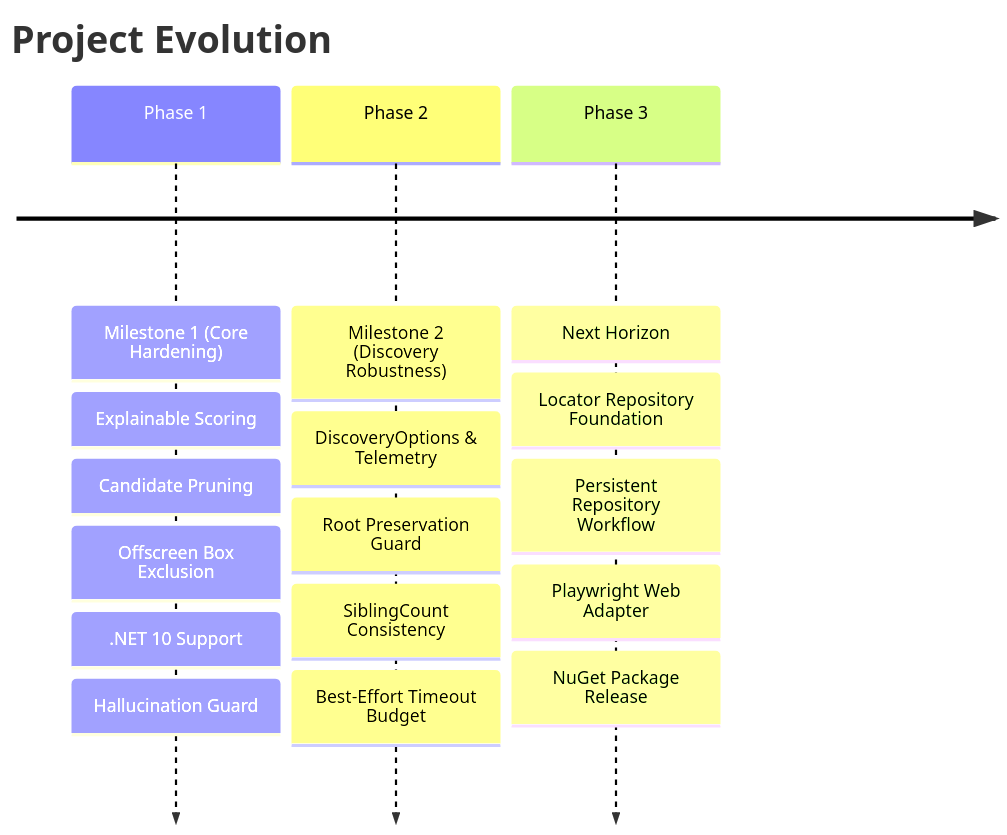
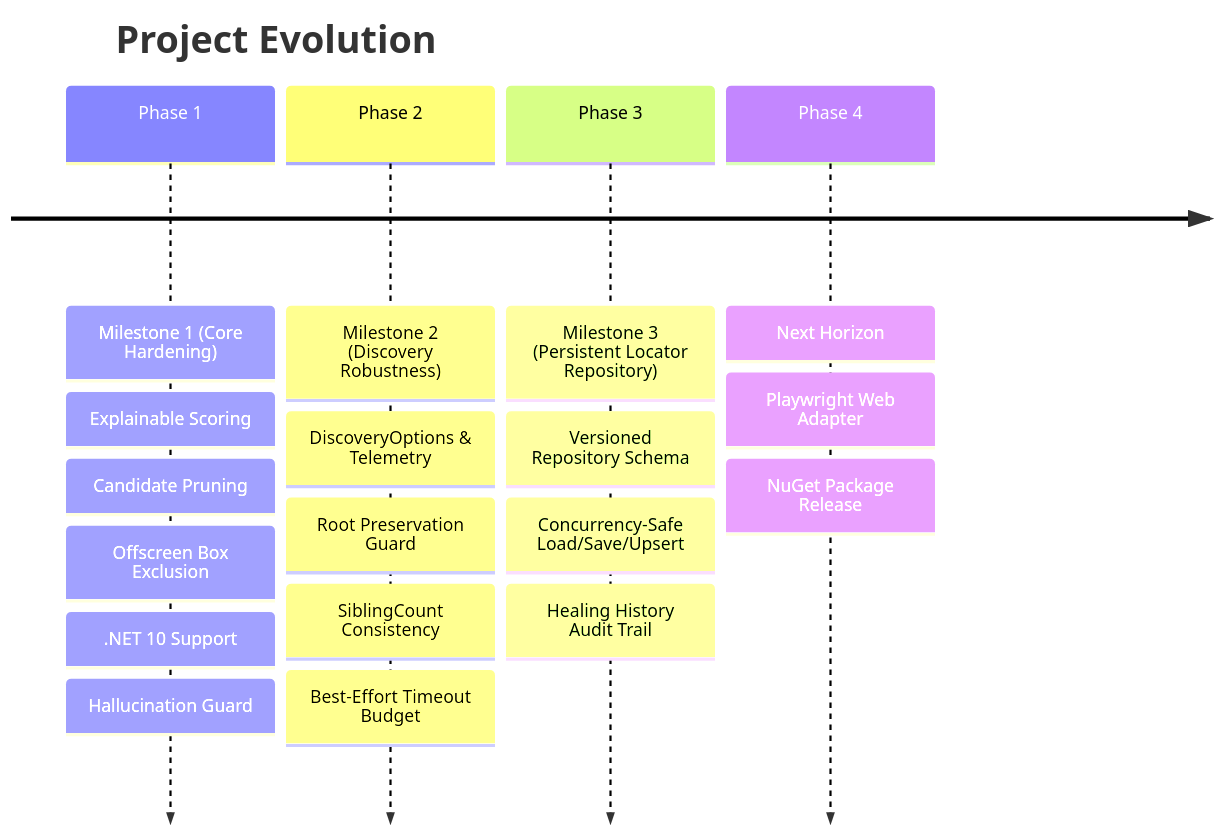
Before and after one commit to mustafasercansak/automation-sandbox: the first of 6 diagrams in PROJECT_SHOWCASE.md, drawn with Mermaid. The commit also changed other lines of this file and 5 other files, not shown here.

Commit message:
feat: implement persistent locator repository with concurrency-safe load/save/upsert; add tests for repository functionality and healing history entry factory

````diff
--- a/PROJECT_SHOWCASE.md
+++ b/PROJECT_SHOWCASE.md
@@ -26,7 +26,8 @@
 ```mermaid
 timeline
     title Project Evolution
     Phase 1 : Milestone 1 (Core Hardening) : Explainable Scoring : Candidate Pruning : Offscreen Box Exclusion : .NET 10 Support : Hallucination Guard
     Phase 2 : Milestone 2 (Discovery Robustness) : DiscoveryOptions & Telemetry : Root Preservation Guard : SiblingCount Consistency : Best-Effort Timeout Budget
-    Phase 3 : Next Horizon : Locator Repository Foundation : Persistent Repository Workflow : Playwright Web Adapter : NuGet Package Release
+    Phase 3 : Milestone 3 (Persistent Locator Repository) : Versioned Repository Schema : Concurrency-Safe Load/Save/Upsert : Healing History Audit Trail
+    Phase 4 : Next Horizon : Playwright Web Adapter : NuGet Package Release
 ```
````
